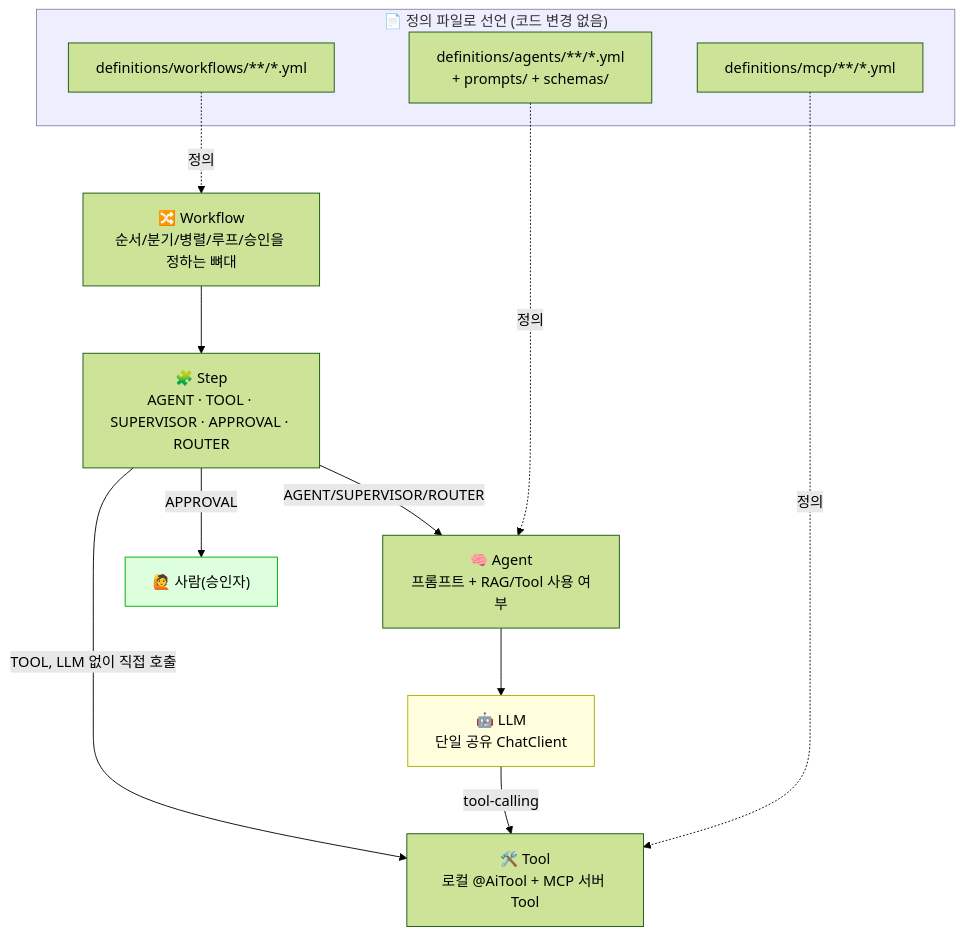
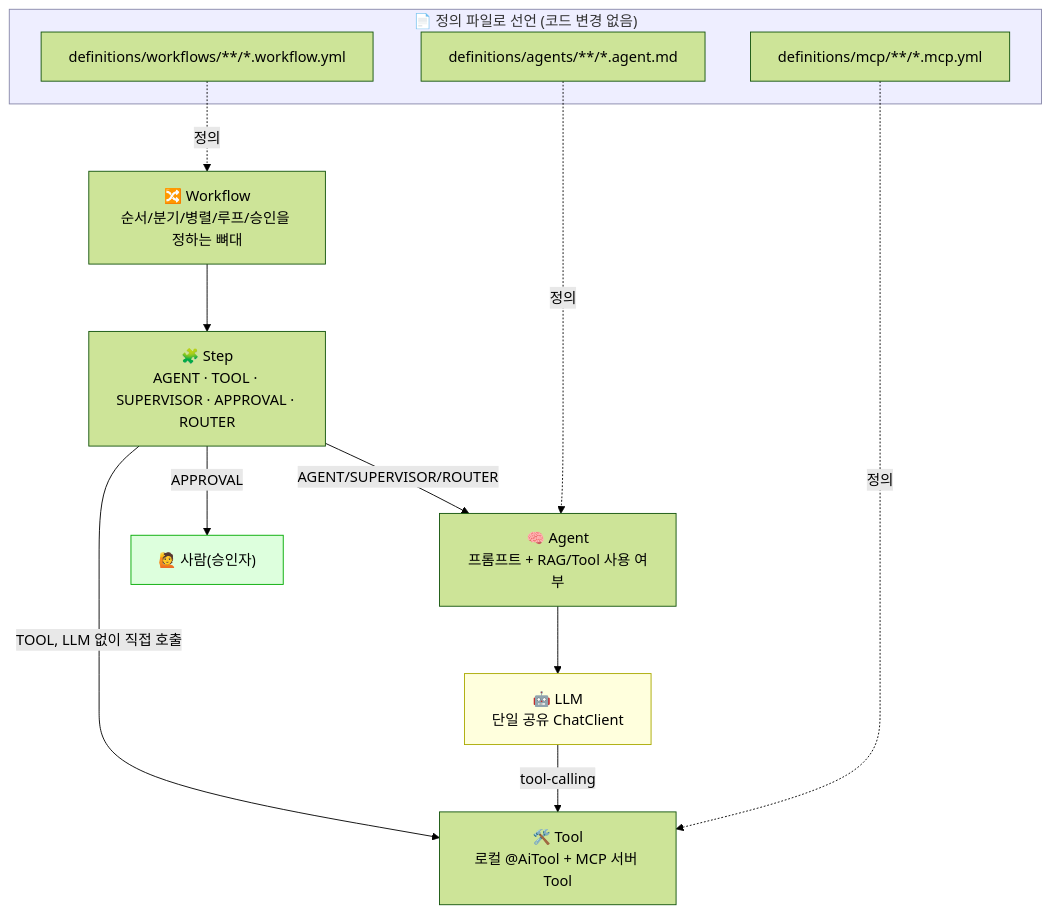
One commit to YongSoekChoeng/dstone changed the first of 10 diagrams in docs/09.dstone-ai-engine.md. Above: the diagram before and after it, drawn with Mermaid (forest theme). The commit also changed other lines of this file and 7 other files, not shown here.

First line of the commit message:
docs: 정의 파일 새 형식(.agent.md, Picoschema, with/save/return/state) 반영

````diff
--- a/docs/09.dstone-ai-engine.md
+++ b/docs/09.dstone-ai-engine.md
@@ -188,30 +189,30 @@
 ```mermaid
 flowchart TB
     subgraph YAML["📄 정의 파일로 선언 (코드 변경 없음)"]
-        WF["definitions/workflows/**/*.yml"]
-        AG["definitions/agents/**/*.yml\n+ prompts/ + schemas/"]
-        MCP["definitions/mcp/**/*.yml"]
+        WF["definitions/workflows/**/*.workflow.yml"]
+        AG["definitions/agents/**/*.agent.md"]
+        MCP["definitions/mcp/**/*.mcp.yml"]
     end
 
     W["🔀 Workflow\n순서/분기/병렬/루프/승인을 정하는 뼈대"]
     S["🧩 Step\nAGENT · TOOL · SUPERVISOR · APPROVAL · ROUTER"]
     A["🧠 Agent\n프롬프트 + RAG/Tool 사용 여부"]
     L["🤖 LLM\n단일 공유 ChatClient"]
     H["🙋 사람(승인자)"]
     T["🛠️ Tool\n로컬 @AiTool + MCP 서버 Tool"]
 
     WF -.정의.-> W
     AG -.정의.-> A
     MCP -.정의.-> T
 
     W --> S
     S -->|AGENT/SUPERVISOR/ROUTER| A
     S -->|APPROVAL| H
     A --> L
     L -->|tool-calling| T
     S -->|TOOL, LLM 없이 직접 호출| T
 
     style YAML fill:#eef,stroke:#88a
     style L fill:#ffd,stroke:#aa0
     style H fill:#dfd,stroke:#0a0
 ```
````
